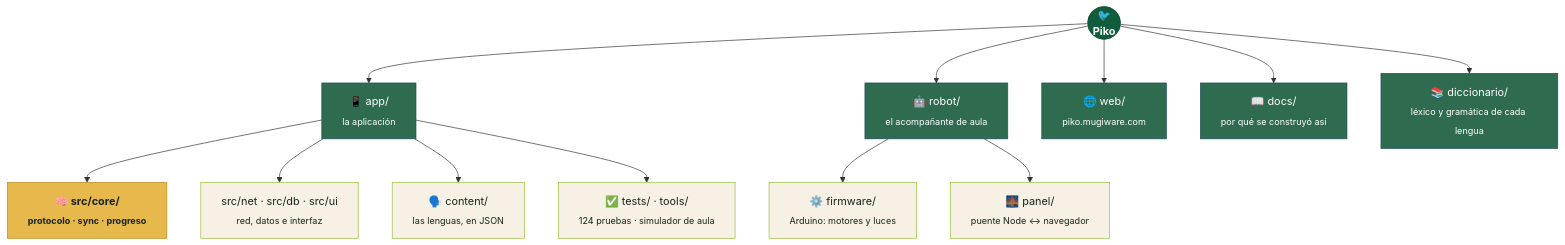
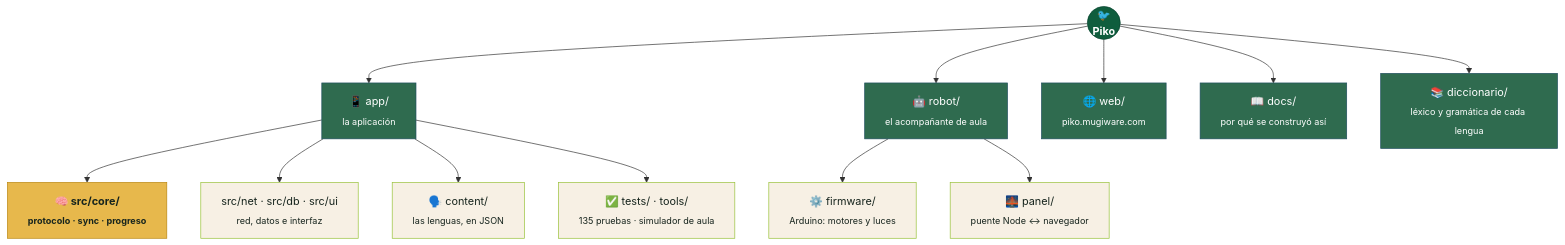
Before and after one commit to dnnyhr/Piko-Aplicacion-para-el-aprendizaje-de-idiomas-: the second of 2 diagrams in README.md, drawn with Mermaid. The commit also changed other lines of this file and 56 other files, not shown here.

````diff
--- a/README.md
+++ b/README.md
@@ -176,28 +176,28 @@
 ```mermaid
 flowchart TD
     RAIZ(("🐦<br/>Piko"))
 
     RAIZ --> APP["📱 app/<br/><sub>la aplicación</sub>"]
     RAIZ --> ROBOT["🤖 robot/<br/><sub>el acompañante de aula</sub>"]
     RAIZ --> WEB["🌐 web/<br/><sub>piko.mugiware.com</sub>"]
     RAIZ --> DOCS["📖 docs/<br/><sub>por qué se construyó así</sub>"]
     RAIZ --> DICC["📚 diccionario/<br/><sub>léxico y gramática de cada lengua</sub>"]
 
     APP --> CORE["🧠 src/core/<br/><sub>protocolo · sync · progreso</sub>"]
     APP --> RESTO["src/net · src/db · src/ui<br/><sub>red, datos e interfaz</sub>"]
     APP --> CONTENT["🗣️ content/<br/><sub>las lenguas, en JSON</sub>"]
-    APP --> TESTS["✅ tests/ · tools/<br/><sub>124 pruebas · simulador de aula</sub>"]
+    APP --> TESTS["✅ tests/ · tools/<br/><sub>135 pruebas · simulador de aula</sub>"]
 
     ROBOT --> FIRM["⚙️ firmware/<br/><sub>Arduino: motores y luces</sub>"]
     ROBOT --> PANEL["🌉 panel/<br/><sub>puente Node ↔ navegador</sub>"]
 
     classDef raiz fill:#0F5D3D,stroke:#0A4530,color:#fff,font-weight:bold
     classDef puerta fill:#2F6B4F,stroke:#1F4E5F,color:#fff
     classDef nucleo fill:#E7B84C,stroke:#B9860F,color:#16241D,font-weight:bold
     classDef hoja fill:#F7F0E4,stroke:#97C137,color:#16241D
 
     class RAIZ raiz
     class APP,ROBOT,WEB,DOCS,DICC puerta
     class CORE nucleo
     class RESTO,CONTENT,TESTS,FIRM,PANEL hoja
 ```
````
